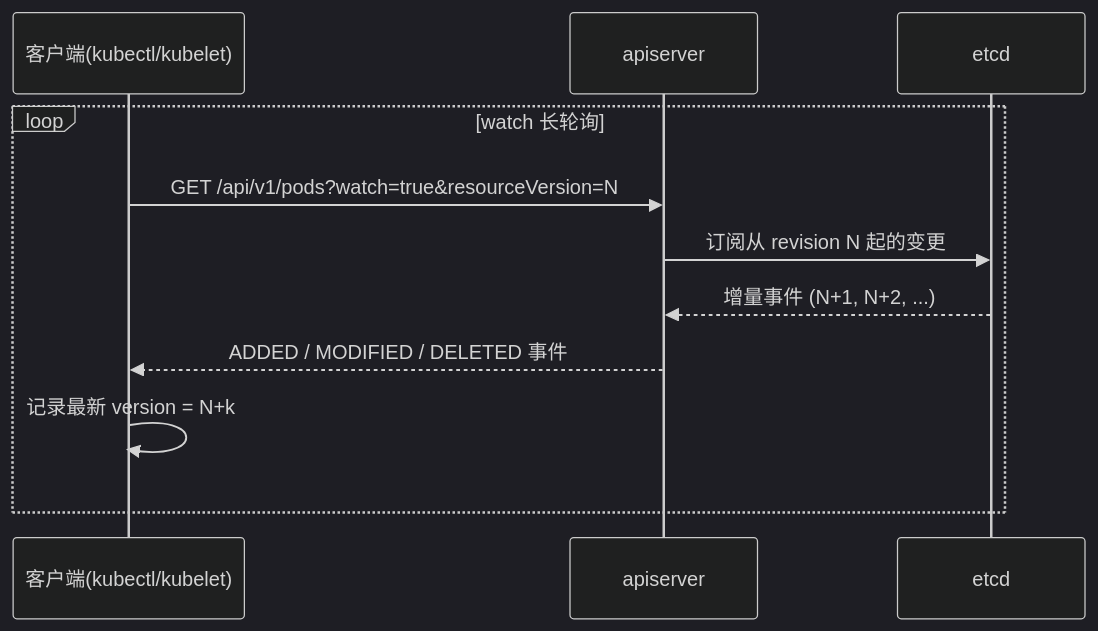
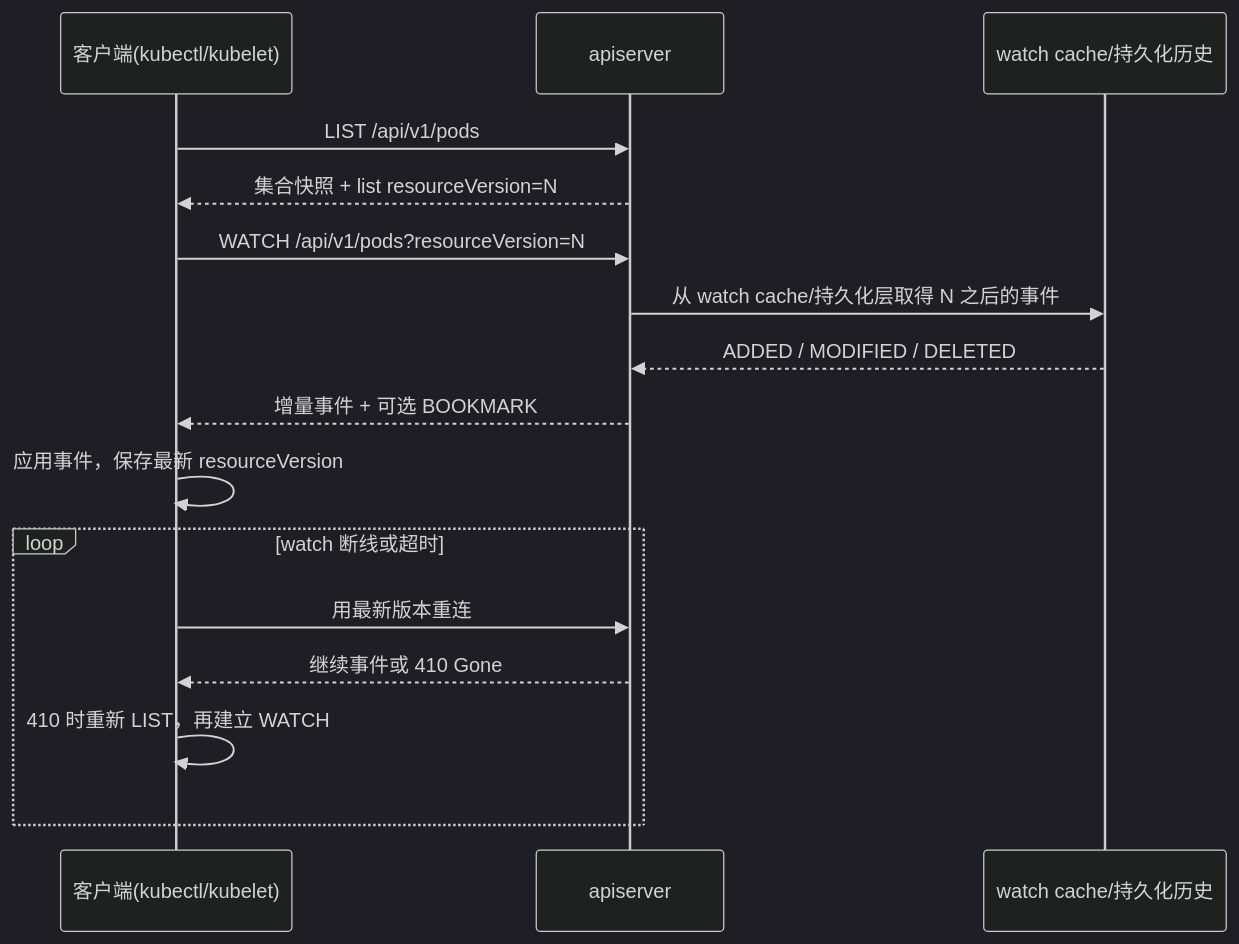
Before and after one commit to MoreConsequence/MoreConsequence.github.io: the third of 3 diagrams in content/posts/k8s-controller-watch-etcd.md, drawn with Mermaid (dark theme). The commit also changed other lines of this file and 263 other files, not shown here.

````diff
--- a/content/posts/k8s-controller-watch-etcd.md
+++ b/content/posts/k8s-controller-watch-etcd.md
@@ -46,13 +49,18 @@
 ```mermaid
-sequenceDiagram
+    sequenceDiagram
     participant C as 客户端(kubectl/kubelet)
     participant A as apiserver
-    participant E as etcd
-    loop watch 长轮询
-        C->>A: GET /api/v1/pods?watch=true&resourceVersion=N
-        A->>E: 订阅从 revision N 起的变更
-        E-->>A: 增量事件 (N+1, N+2, ...)
-        A-->>C: ADDED / MODIFIED / DELETED 事件
-        C->>C: 记录最新 version = N+k
+    participant W as watch cache/持久化历史
+    C->>A: LIST /api/v1/pods
+    A-->>C: 集合快照 + list resourceVersion=N
+    C->>A: WATCH /api/v1/pods?resourceVersion=N
+    A->>W: 从 watch cache/持久化层取得 N 之后的事件
+    W-->>A: ADDED / MODIFIED / DELETED
+    A-->>C: 增量事件 + 可选 BOOKMARK
+    C->>C: 应用事件，保存最新 resourceVersion
+    loop watch 断线或超时
+        C->>A: 用最新版本重连
+        A-->>C: 继续事件或 410 Gone
+        C->>C: 410 时重新 LIST，再建立 WATCH
     end
 ```
````
